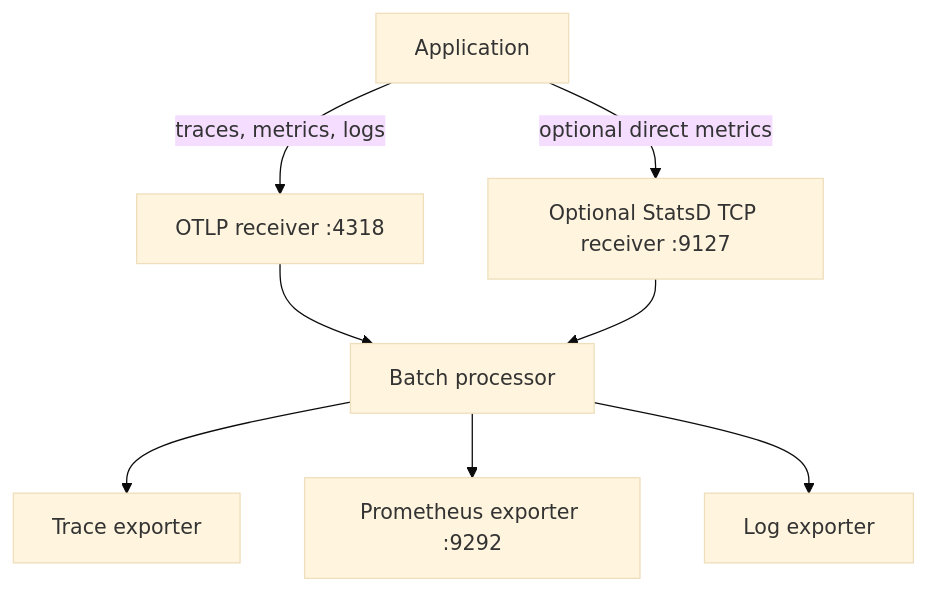
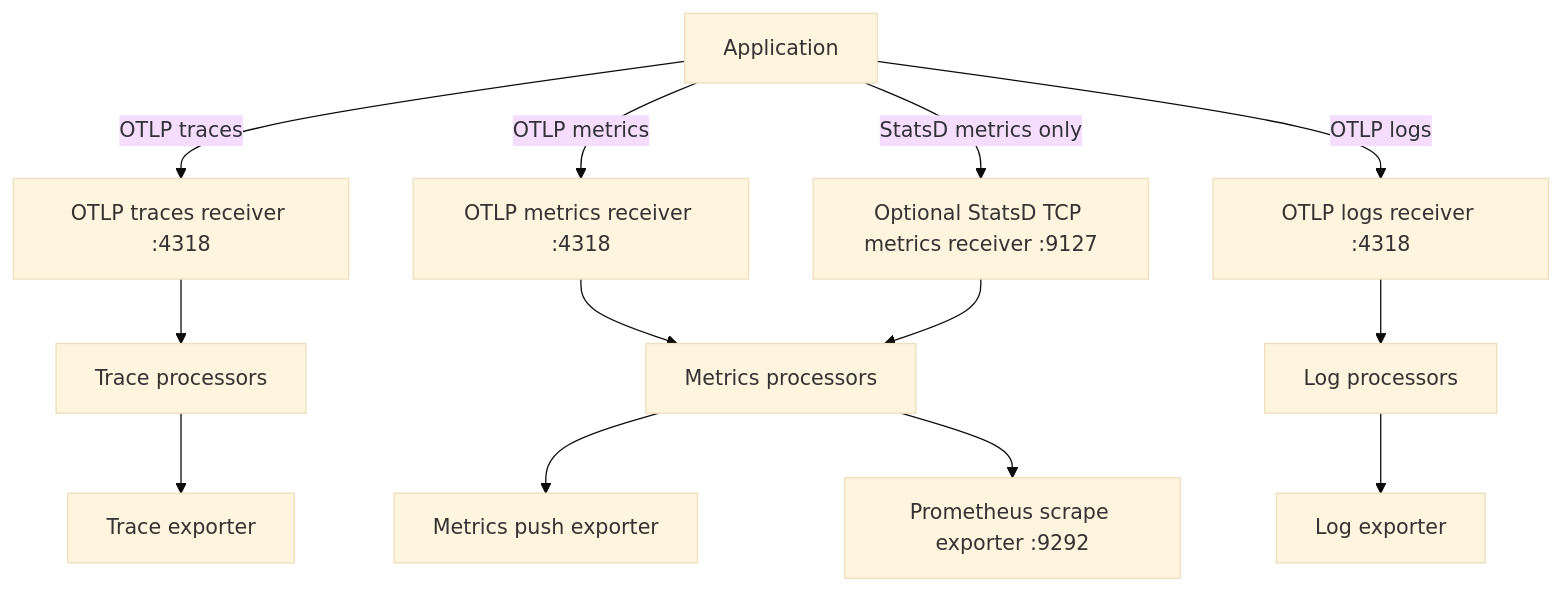
Before and after one commit to shakacode/control-plane-flow: the second of 2 diagrams in docs/telemetry/pipelines.md, drawn with Mermaid (base theme). The commit also changed 3 other files, not shown here.

````diff
--- a/docs/telemetry/pipelines.md
+++ b/docs/telemetry/pipelines.md
@@ -26,18 +26,24 @@
 ```mermaid
 flowchart TB
   app["Application"]
-  otlp["OTLP receiver :4318"]
-  statsd["Optional StatsD TCP receiver :9127"]
-  batch["Batch processor"]
+  otlp_traces["OTLP traces receiver :4318"]
+  otlp_metrics["OTLP metrics receiver :4318"]
+  otlp_logs["OTLP logs receiver :4318"]
+  statsd["Optional StatsD TCP metrics receiver :9127"]
+  traces_processors["Trace processors"]
+  metrics_processors["Metrics processors"]
+  logs_processors["Log processors"]
   traces["Trace exporter"]
-  prometheus["Prometheus exporter :9292"]
+  metrics_push["Metrics push exporter"]
+  prometheus["Prometheus scrape exporter :9292"]
   logs["Log exporter"]
 
-  app -->|"traces, metrics, logs"| otlp
-  app -->|"optional direct metrics"| statsd
-  otlp --> batch
-  statsd --> batch
-  batch --> traces
-  batch --> prometheus
-  batch --> logs
+  app -->|"OTLP traces"| otlp_traces
+  app -->|"OTLP metrics"| otlp_metrics
+  app -->|"OTLP logs"| otlp_logs
+  app -->|"StatsD metrics only"| statsd
+  otlp_traces --> traces_processors --> traces
+  otlp_metrics --> metrics_processors --> metrics_push
+  statsd --> metrics_processors --> prometheus
+  otlp_logs --> logs_processors --> logs
 ```
````
